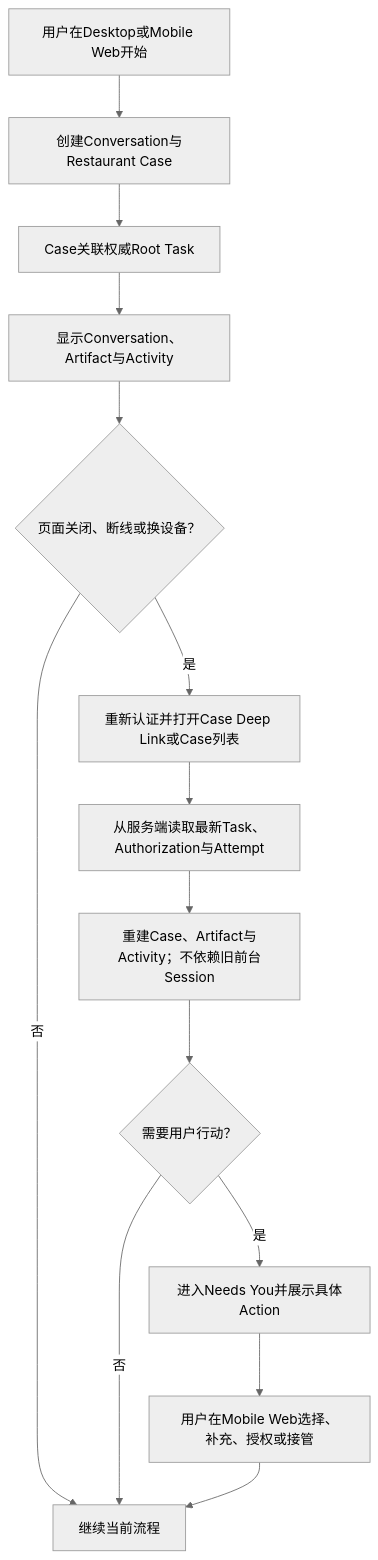
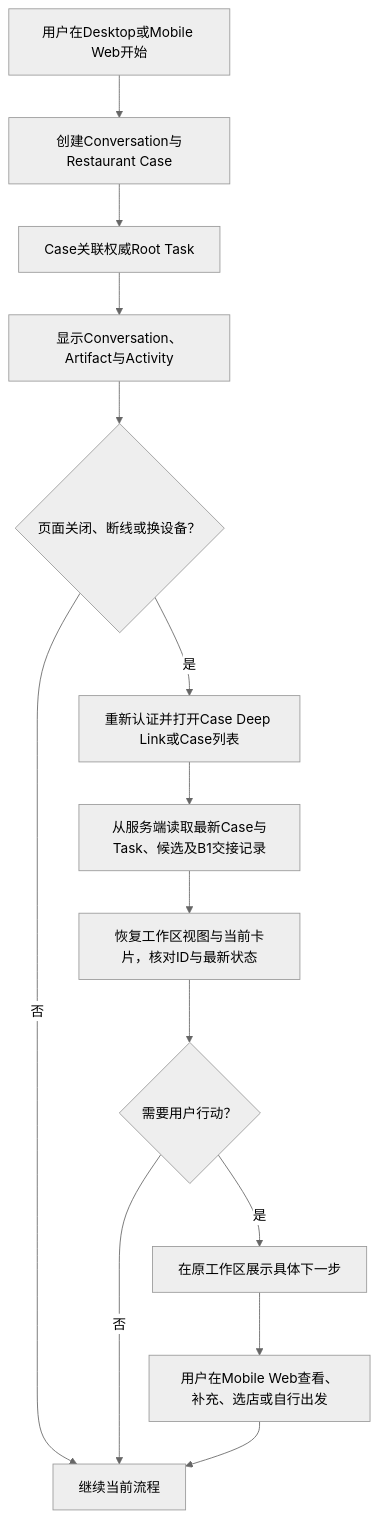
Before and after one commit to wzhgogogo/Praxis: the second of 2 diagrams in docs/product/USER-FLOWS.md, drawn with Mermaid (neutral theme). The commit also changed other lines of this file and 11 other files, not shown here.

````diff
--- a/docs/product/USER-FLOWS.md
+++ b/docs/product/USER-FLOWS.md
@@ -64,16 +78,16 @@
 ```mermaid
 flowchart TD
     A["用户在Desktop或Mobile Web开始"] --> B["创建Conversation与Restaurant Case"]
     B --> C["Case关联权威Root Task"]
     C --> D["显示Conversation、Artifact与Activity"]
     D --> E{"页面关闭、断线或换设备？"}
     E -- "否" --> F["继续当前流程"]
     E -- "是" --> G["重新认证并打开Case Deep Link或Case列表"]
-    G --> H["从服务端读取最新Task、Authorization与Attempt"]
-    H --> I["重建Case、Artifact与Activity；不依赖旧前台Session"]
+    G --> H["从服务端读取最新Case与Task、候选及B1交接记录"]
+    H --> I["恢复工作区视图与当前卡片，核对ID与最新状态"]
     I --> J{"需要用户行动？"}
-    J -- "是" --> K["进入Needs You并展示具体Action"]
+    J -- "是" --> K["在原工作区展示具体下一步"]
     J -- "否" --> F
-    K --> L["用户在Mobile Web选择、补充、授权或接管"]
+    K --> L["用户在Mobile Web查看、补充、选店或自行出发"]
     L --> F
 ```
````
